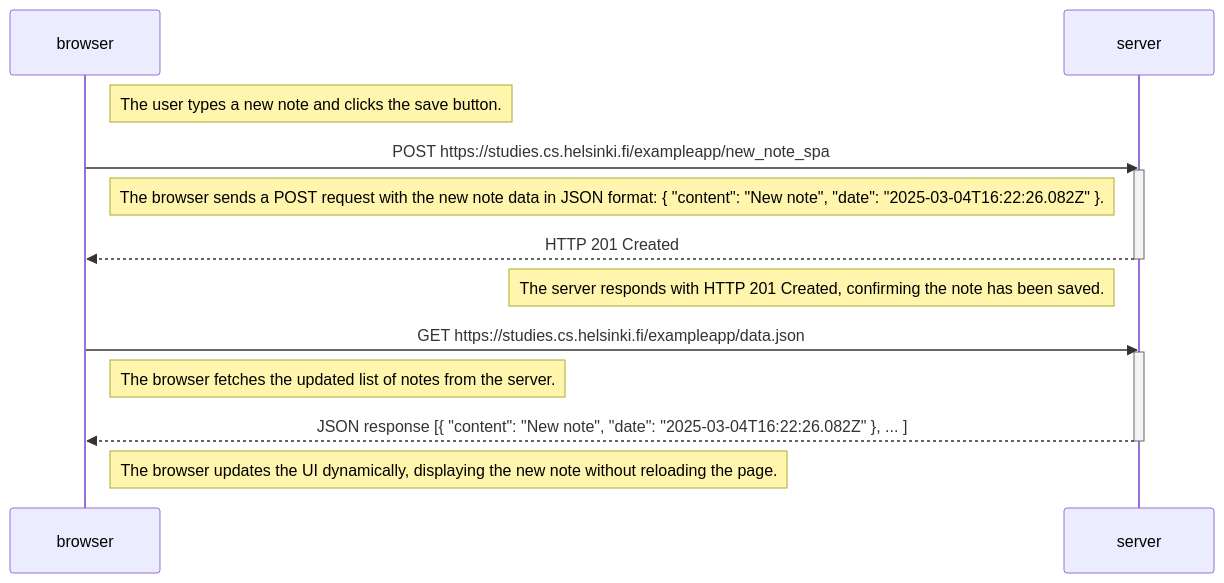
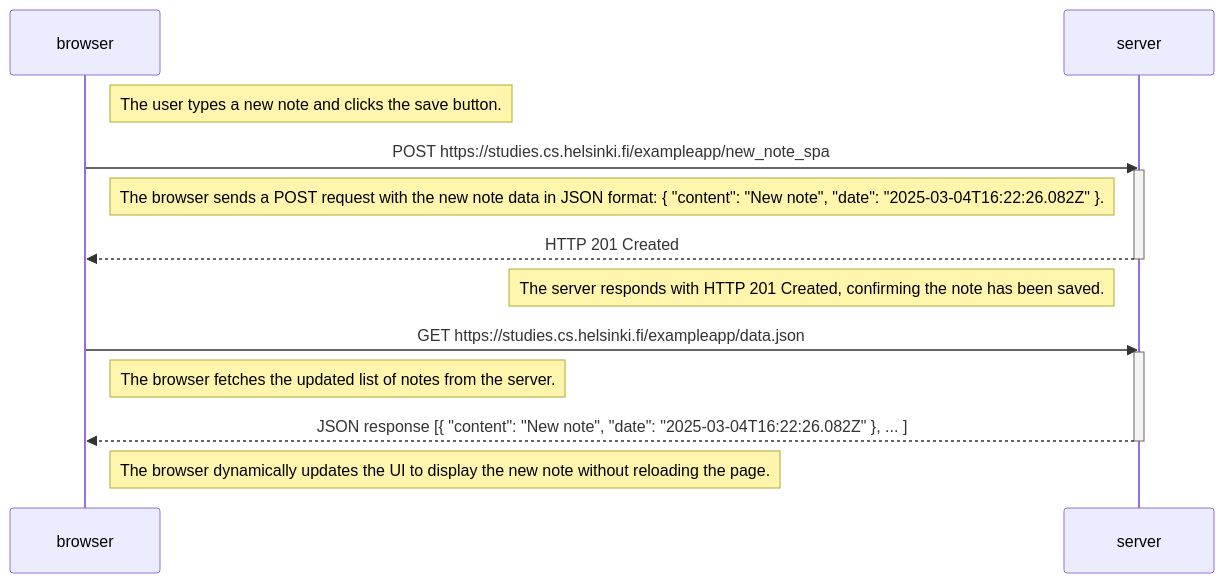
One commit to Maahantuoja/mooc_fullstackopen_palautusrepositorio changed the third of 3 diagrams in osa0/README.md. Above: the diagram before and after it, drawn with Mermaid. The commit also changed other lines of this file, not shown here.

````diff
--- a/osa0/README.md
+++ b/osa0/README.md
@@ -104,27 +104,27 @@
 ```mermaid
 sequenceDiagram
     participant browser
     participant server
 
     Note right of browser: The user types a new note and clicks the save button.
 
     browser->>server: POST https://studies.cs.helsinki.fi/exampleapp/new_note_spa
     activate server
 
     Note right of browser: The browser sends a POST request with the new note data in JSON format: { "content": "New note", "date": "2025-03-04T16:22:26.082Z" }.
 
     server-->>browser: HTTP 201 Created
     deactivate server
 
     Note left of server: The server responds with HTTP 201 Created, confirming the note has been saved.
 
     browser->>server: GET https://studies.cs.helsinki.fi/exampleapp/data.json
     activate server
 
     Note right of browser: The browser fetches the updated list of notes from the server.
 
     server-->>browser: JSON response [{ "content": "New note", "date": "2025-03-04T16:22:26.082Z" }, ... ]
     deactivate server    
 
-    Note right of browser: The browser updates the UI dynamically, displaying the new note without reloading the page.
+    Note right of browser: The browser dynamically updates the UI to display the new note without reloading the page.
 ```
````
